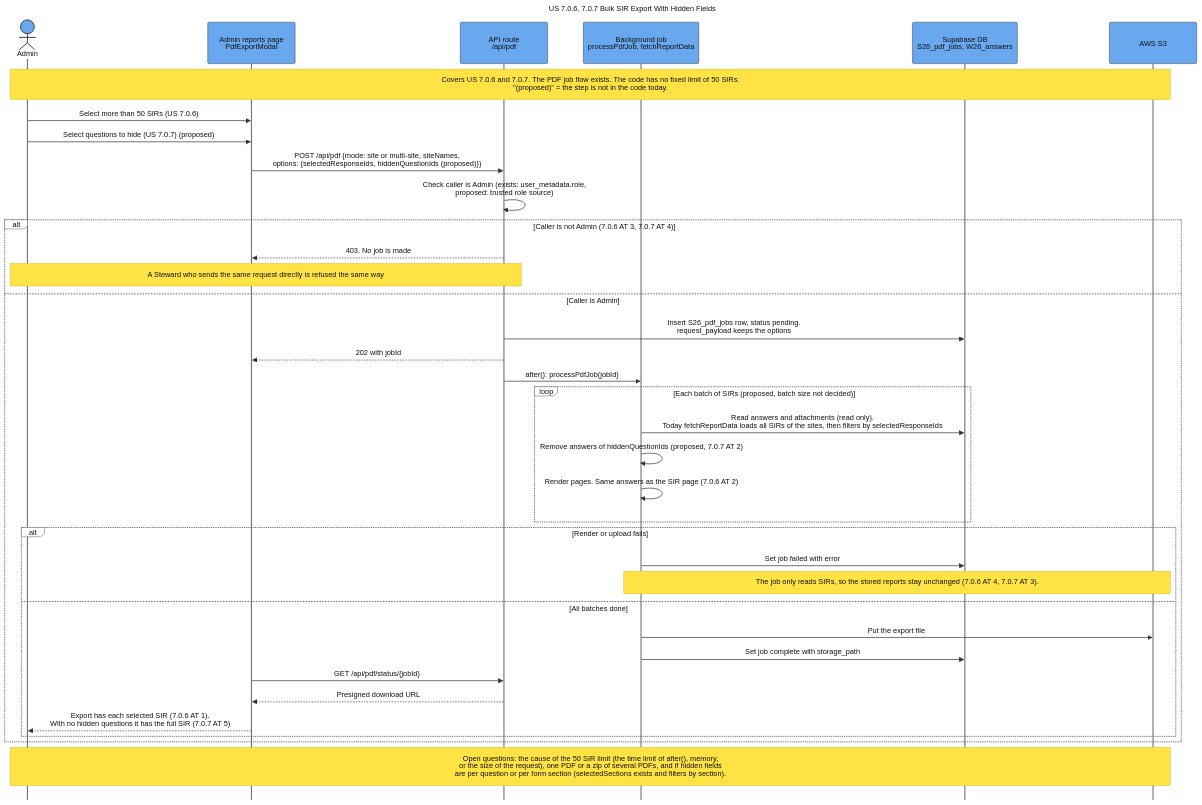
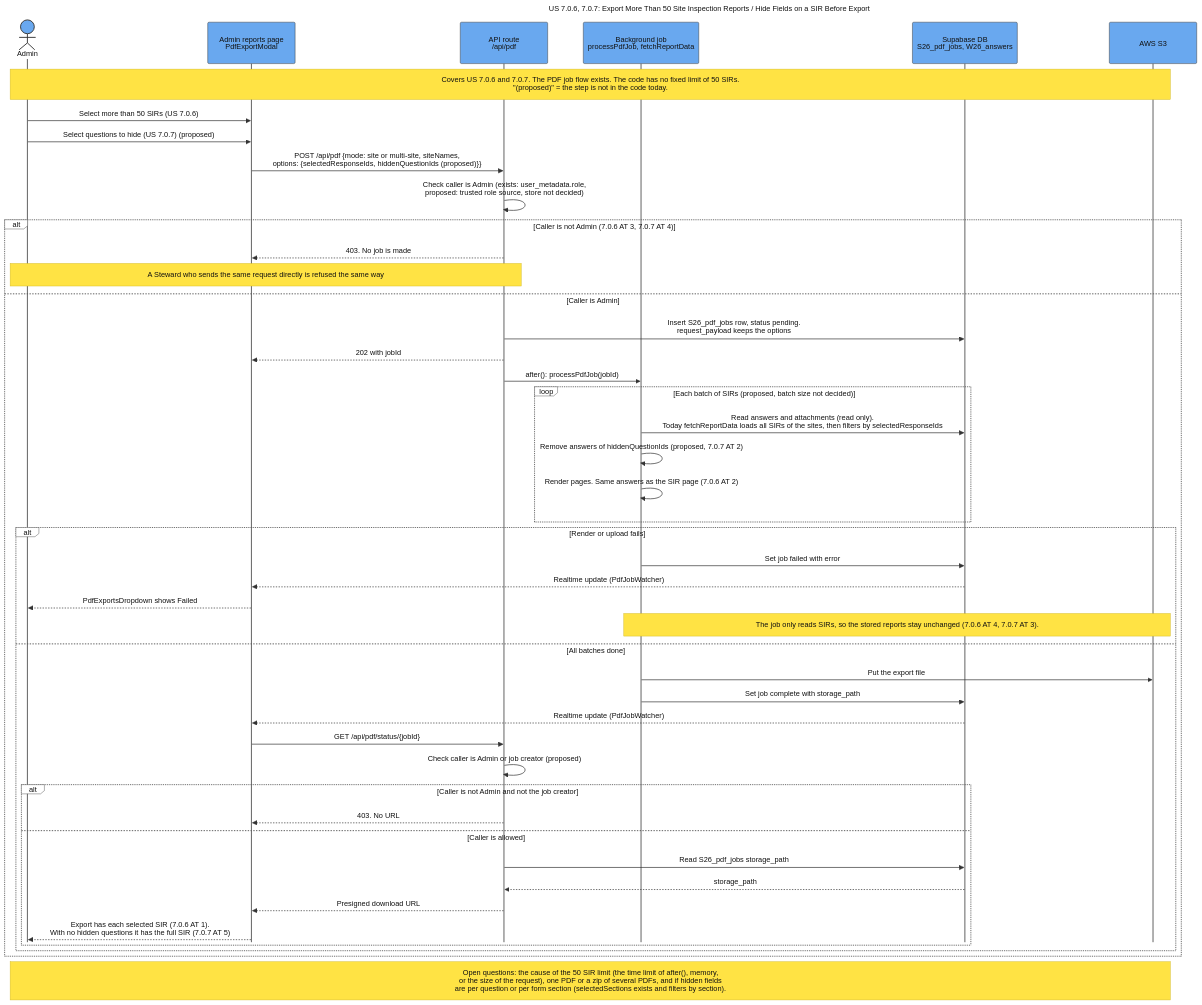
One commit to SAPAA-Dev/W26Project-SAPAA-Dev-Team changed the diagram in docs/assets/Sequence_US_7_0_6_7_0_7_Bulk_SIR_Export_With_Hidden_Fields.mmd. Above: the diagram before and after it, drawn with Mermaid. The commit also changed 91 other files, not shown here.

```diff
--- a/docs/assets/Sequence_US_7_0_6_7_0_7_Bulk_SIR_Export_With_Hidden_Fields.mmd
+++ b/docs/assets/Sequence_US_7_0_6_7_0_7_Bulk_SIR_Export_With_Hidden_Fields.mmd
@@ -1,81 +1,91 @@
 ---
-title: "US 7.0.6, 7.0.7 Bulk SIR Export With Hidden Fields"
+title: "US 7.0.6, 7.0.7: Export More Than 50 Site Inspection Reports / Hide Fields on a SIR Before Export"
 config:
   theme: base
   sequence:
     actorMargin: 75
     boxMargin: 12
     diagramMarginX: 45
     diagramMarginY: 30
     messageMargin: 40
     noteMargin: 16
     mirrorActors: false
     width: 190
     height: 90
   themeVariables:
     background: "#ffffff"
     primaryColor: "#69a8ef"
     primaryBorderColor: "#333333"
     primaryTextColor: "#111111"
     actorBkg: "#69a8ef"
     actorBorder: "#333333"
     actorTextColor: "#111111"
     actorLineColor: "#555555"
     signalColor: "#333333"
     signalTextColor: "#111111"
     activationBkgColor: "#cdd3db"
     activationBorderColor: "#cdd3db"
     noteBkgColor: "#ffe344"
     noteBorderColor: "#d4ba24"
     noteTextColor: "#111111"
     labelBoxBkgColor: "#ffffff"
     labelBoxBorderColor: "#555555"
     labelTextColor: "#111111"
     loopTextColor: "#111111"
     altBackground: "#ffffff"
   themeCSS: |
     .actor-line {
       stroke-dasharray: 10 10 !important;
       stroke-width: 1.25px !important;
     }
 ---
 sequenceDiagram
     autonumber off
     actor Admin
     participant Page as Admin reports page<br/>PdfExportModal
     participant Api as API route<br/>/api/pdf
     participant Job as Background job<br/>processPdfJob, fetchReportData
     participant DB as Supabase DB<br/>S26_pdf_jobs, W26_answers
     participant S3 as AWS S3
 
     Note over Admin,S3: Covers US 7.0.6 and 7.0.7. The PDF job flow exists. The code has no fixed limit of 50 SIRs.<br/>"(proposed)" = the step is not in the code today.
 
     Admin->>Page: Select more than 50 SIRs (US 7.0.6)
     Admin->>Page: Select questions to hide (US 7.0.7) (proposed)
     Page->>Api: POST /api/pdf {mode: site or multi-site, siteNames,<br/>options: {selectedResponseIds, hiddenQuestionIds (proposed)}}
-    Api->>Api: Check caller is Admin (exists: user_metadata.role,<br/>proposed: trusted role source)
+    Api->>Api: Check caller is Admin (exists: user_metadata.role,<br/>proposed: trusted role source, store not decided)
     alt Caller is not Admin (7.0.6 AT 3, 7.0.7 AT 4)
         Api-->>Page: 403. No job is made
         Note over Admin,Api: A Steward who sends the same request directly is refused the same way
     else Caller is Admin
         Api->>DB: Insert S26_pdf_jobs row, status pending.<br/>request_payload keeps the options
         Api-->>Page: 202 with jobId
         Api->>Job: after(): processPdfJob(jobId)
         loop Each batch of SIRs (proposed, batch size not decided)
             Job->>DB: Read answers and attachments (read only).<br/>Today fetchReportData loads all SIRs of the sites, then filters by selectedResponseIds
             Job->>Job: Remove answers of hiddenQuestionIds (proposed, 7.0.7 AT 2)
             Job->>Job: Render pages. Same answers as the SIR page (7.0.6 AT 2)
         end
         alt Render or upload fails
             Job->>DB: Set job failed with error
+            DB-->>Page: Realtime update (PdfJobWatcher)
+            Page-->>Admin: PdfExportsDropdown shows Failed
             Note over Job,S3: The job only reads SIRs, so the stored reports stay unchanged (7.0.6 AT 4, 7.0.7 AT 3).
         else All batches done
             Job->>S3: Put the export file
             Job->>DB: Set job complete with storage_path
+            DB-->>Page: Realtime update (PdfJobWatcher)
             Page->>Api: GET /api/pdf/status/{jobId}
-            Api-->>Page: Presigned download URL
-            Page-->>Admin: Export has each selected SIR (7.0.6 AT 1).<br/>With no hidden questions it has the full SIR (7.0.7 AT 5)
+            Api->>Api: Check caller is Admin or job creator (proposed)
+            alt Caller is not Admin and not the job creator
+                Api-->>Page: 403. No URL
+            else Caller is allowed
+                Api->>DB: Read S26_pdf_jobs storage_path
+                DB-->>Api: storage_path
+                Api-->>Page: Presigned download URL
+                Page-->>Admin: Export has each selected SIR (7.0.6 AT 1).<br/>With no hidden questions it has the full SIR (7.0.7 AT 5)
+            end
         end
     end
 
     Note over Admin,S3: Open questions: the cause of the 50 SIR limit (the time limit of after(), memory,<br/>or the size of the request), one PDF or a zip of several PDFs, and if hidden fields<br/>are per question or per form section (selectedSections exists and filters by section).
```
